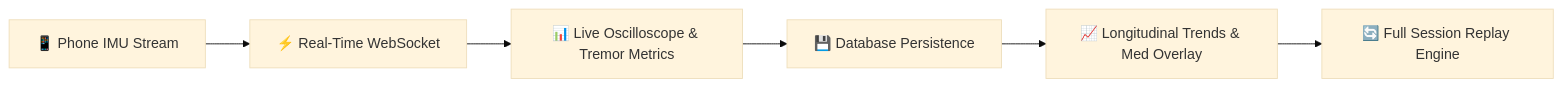
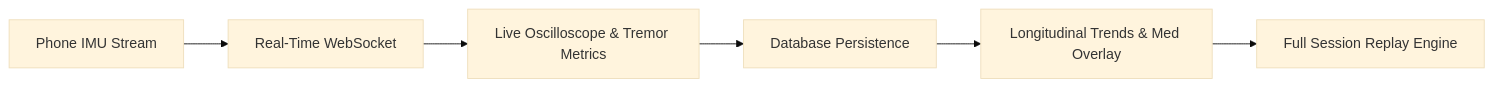
One commit to Nishkaa25/motor-track changed the diagram in README.md. Above: the diagram before and after it, drawn with Mermaid (base theme). The commit also changed other lines of this file, not shown here.

````diff
--- a/README.md
+++ b/README.md
@@ -24,8 +24,8 @@
 ```mermaid
 flowchart LR
-    A["📱 Phone IMU Stream"] --> B["⚡ Real-Time WebSocket"]
-    B --> C["📊 Live Oscilloscope & Tremor Metrics"]
-    C --> D["💾 Database Persistence"]
-    D --> E["📈 Longitudinal Trends & Med Overlay"]
-    E --> F["🔄 Full Session Replay Engine"]
+    A["Phone IMU Stream"] --> B["Real-Time WebSocket"]
+    B --> C["Live Oscilloscope & Tremor Metrics"]
+    C --> D["Database Persistence"]
+    D --> E["Longitudinal Trends & Med Overlay"]
+    E --> F["Full Session Replay Engine"]
 ```
````
